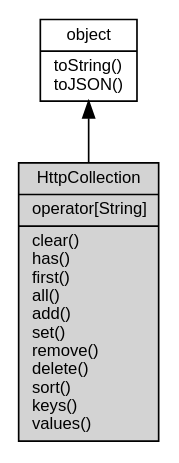
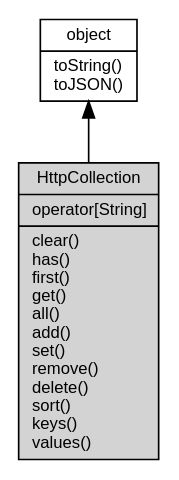
One commit to fibjs/fibjs.org changed the diagram in docs/manual/object/ifs/HttpCollection.md. Above: the diagram before and after it, drawn with Graphviz. The commit also changed other lines of this file and 70 other files, not shown here.

````diff
--- a/docs/manual/object/ifs/HttpCollection.md
+++ b/docs/manual/object/ifs/HttpCollection.md
@@ -56,10 +56,10 @@
 ```dot
 digraph {
     node [fontname="Helvetica,sans-Serif", fontsize=10, shape="record", style="filled", fillcolor="white"];
 
     object [tooltip="object", URL="object.md", label="{object|toString()\ltoJSON()\l}"];
-    HttpCollection [tooltip="HttpCollection", fillcolor="lightgray", id="me", label="{HttpCollection|operator[String]\l|clear()\lhas()\lfirst()\lall()\ladd()\lset()\lremove()\ldelete()\lsort()\lkeys()\lvalues()\l}"];
+    HttpCollection [tooltip="HttpCollection", fillcolor="lightgray", id="me", label="{HttpCollection|operator[String]\l|clear()\lhas()\lfirst()\lget()\lall()\ladd()\lset()\lremove()\ldelete()\lsort()\lkeys()\lvalues()\l}"];
 
     object -> HttpCollection [dir=back];
 }
 ```
````
